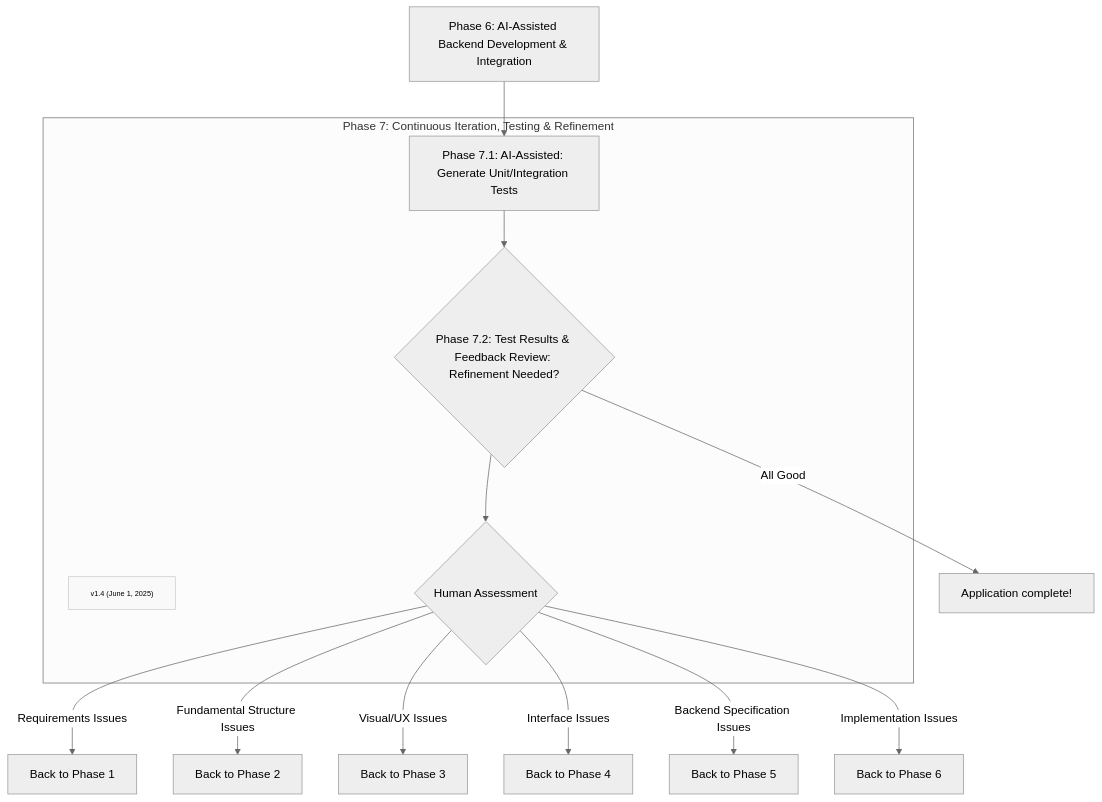
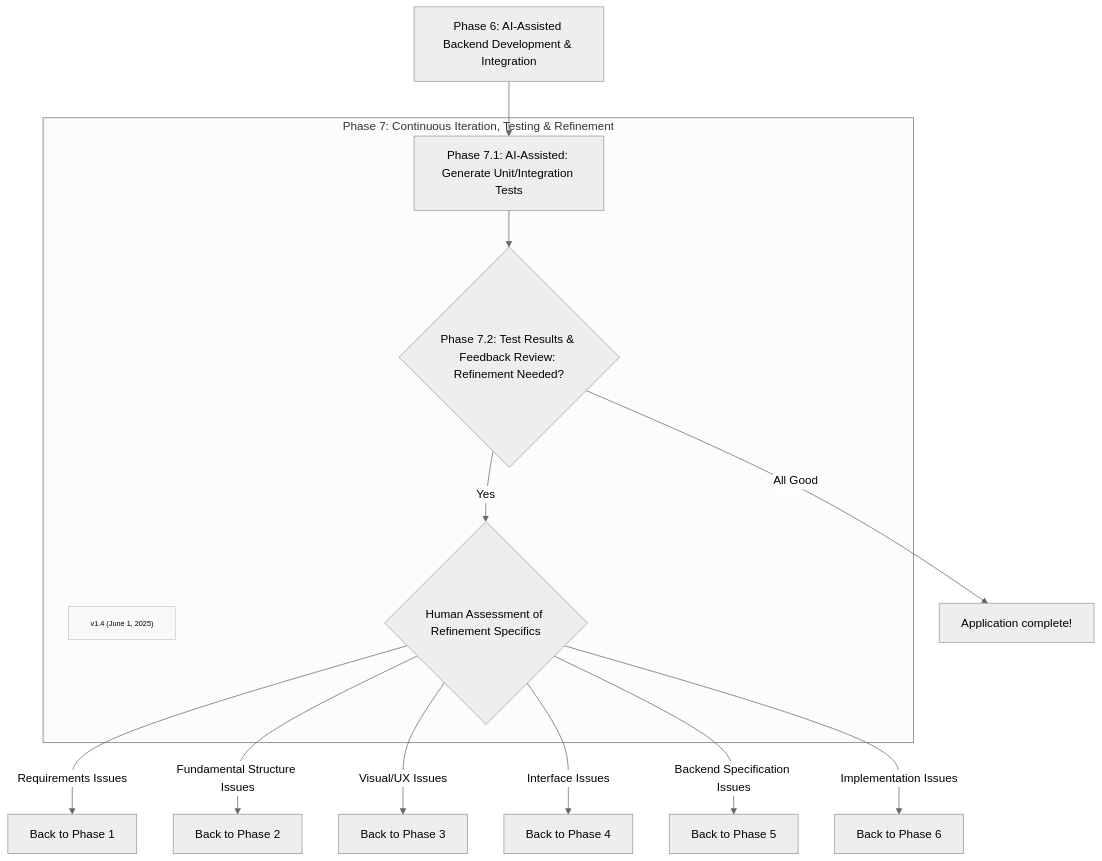
Before and after one commit to Mharbulous/Front-First-Method: the diagram in Method/FF-phase7.md, drawn with Mermaid (neutral theme).

Commit message:
further refining phase 7 diagram

````diff
--- a/Method/FF-phase7.md
+++ b/Method/FF-phase7.md
@@ -1,22 +1,22 @@
 ```mermaid
 graph TD
     Phase6["Phase 6: AI-Assisted Backend Development & Integration"] --> Phase7_1
 
     subgraph Phase7 ["Phase 7: Continuous Iteration, Testing & Refinement"]
         Version["v1.4 (June 1, 2025)"]
         classDef version fill:#f9f9f9,stroke:#ccc,font-size:10px
         class Version version
         Phase7_1["Phase 7.1: AI-Assisted: Generate Unit/Integration Tests"] --> Phase7_2{"Phase 7.2: Test Results & Feedback Review: Refinement Needed?"} 
-        Phase7_2 --> RefineDecision{"Human Assessment"}
+        Phase7_2 --> |Yes|RefineDecision{"Human Assessment of Refinement Specifics"}
         
     end
 
 Phase7_2 -->  |All Good|AllGood["Application complete!"]       
 RefineDecision -->|Requirements Issues| Back2Phase1["Back to Phase 1"]
 RefineDecision -->|Fundamental Structure Issues| Back2Phase2["Back to Phase 2"]
 RefineDecision -->|Visual/UX Issues| Back2Phase3["Back to Phase 3"]
 RefineDecision -->|Interface Issues| Back2Phase4["Back to Phase 4"]
 RefineDecision -->|Backend Specification Issues| Back2Phase5["Back to Phase 5"]
 RefineDecision -->|Implementation Issues| Back2Phase6["Back to Phase 6"]
 
 ```
````
